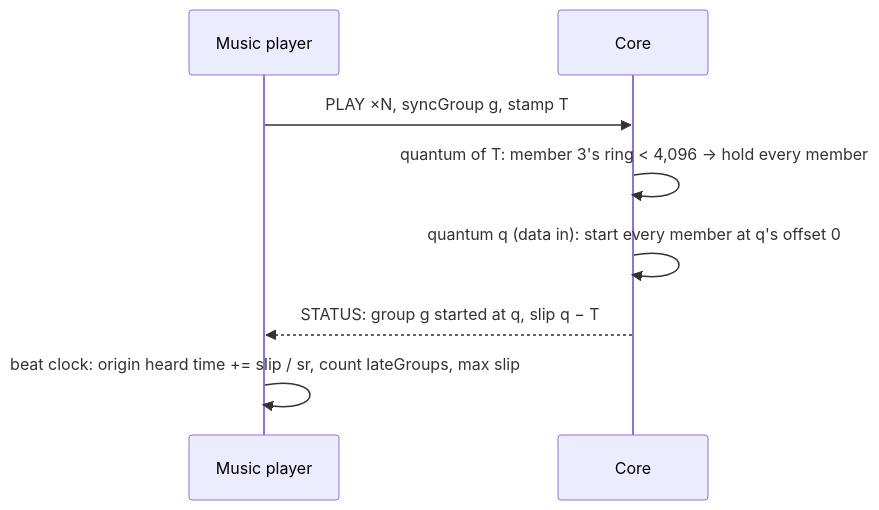
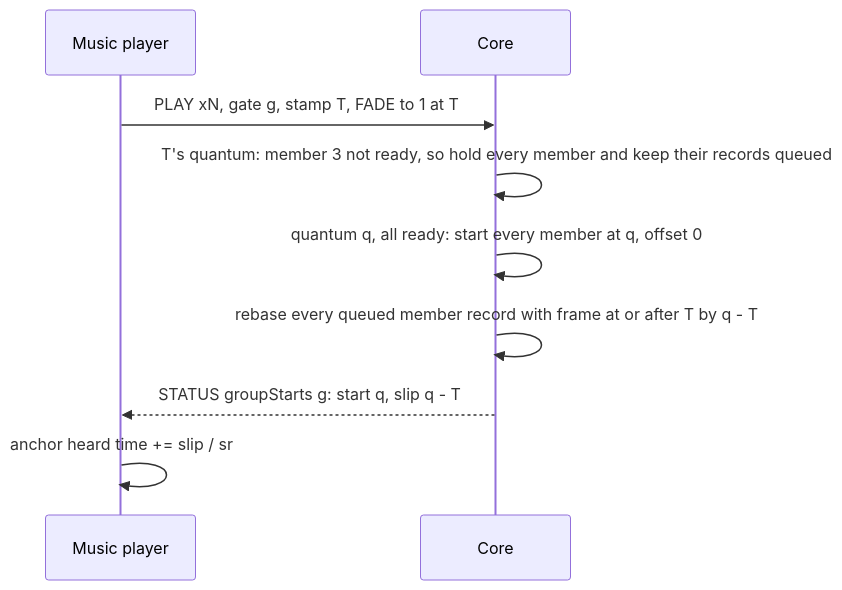
The eighth of 9 diagrams in docs/design/0166-audio-music/architecture.md (doughtnerd/TranquilityEngine), drawn with Mermaid before and after one commit. The commit also changed other lines of this file and 1 other file, not shown here.

First line of the commit message:
0166 round 2B: architecture and contracts revised under rulings R1-R24

````diff
--- a/docs/design/0166-audio-music/architecture.md
+++ b/docs/design/0166-audio-music/architecture.md
@@ -255,10 +292,11 @@
 ```mermaid
 sequenceDiagram
   participant P as Music player
   participant K as Core
-  P->>K: PLAY ×N, syncGroup g, stamp T
-  K->>K: quantum of T: member 3's ring < 4,096 → hold every member
-  K->>K: quantum q (data in): start every member at q's offset 0
-  K-->>P: STATUS: group g started at q, slip q − T
-  P->>P: beat clock: origin heard time += slip / sr, count lateGroups, max slip
+  P->>K: PLAY xN, gate g, stamp T, FADE to 1 at T
+  K->>K: T's quantum: member 3 not ready, so hold every member and keep their records queued
+  K->>K: quantum q, all ready: start every member at q, offset 0
+  K->>K: rebase every queued member record with frame at or after T by q - T
+  K-->>P: STATUS groupStarts g: start q, slip q - T
+  P->>P: anchor heard time += slip / sr
 ```
````
